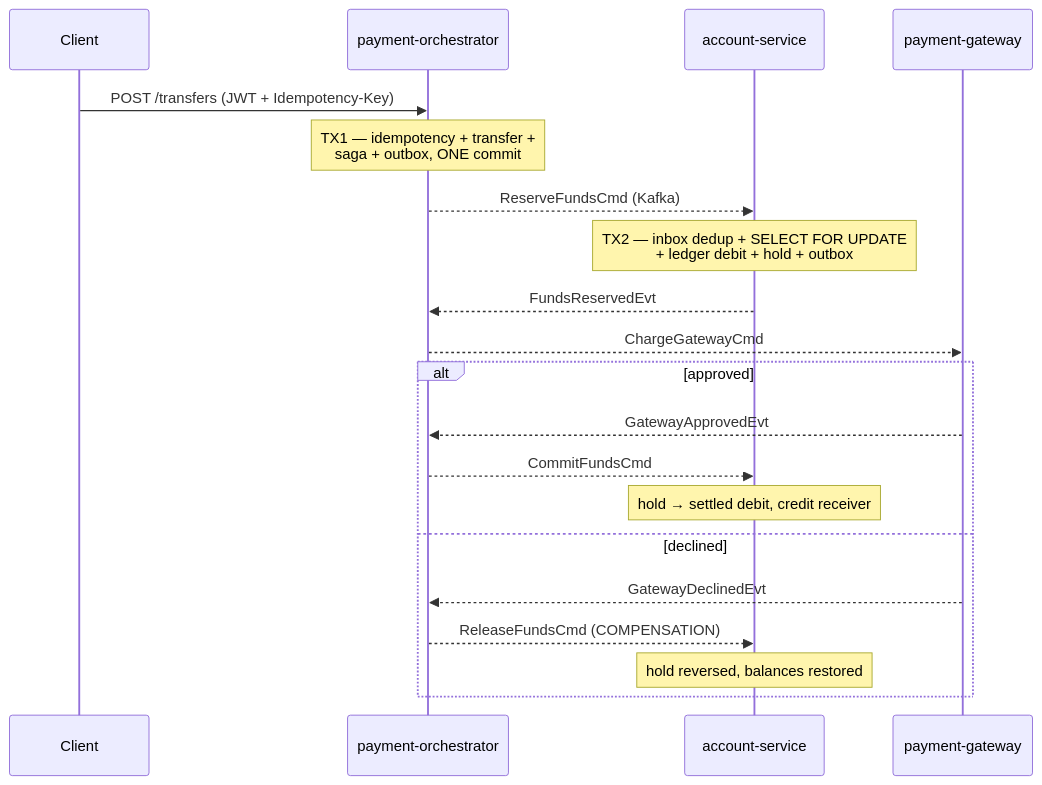
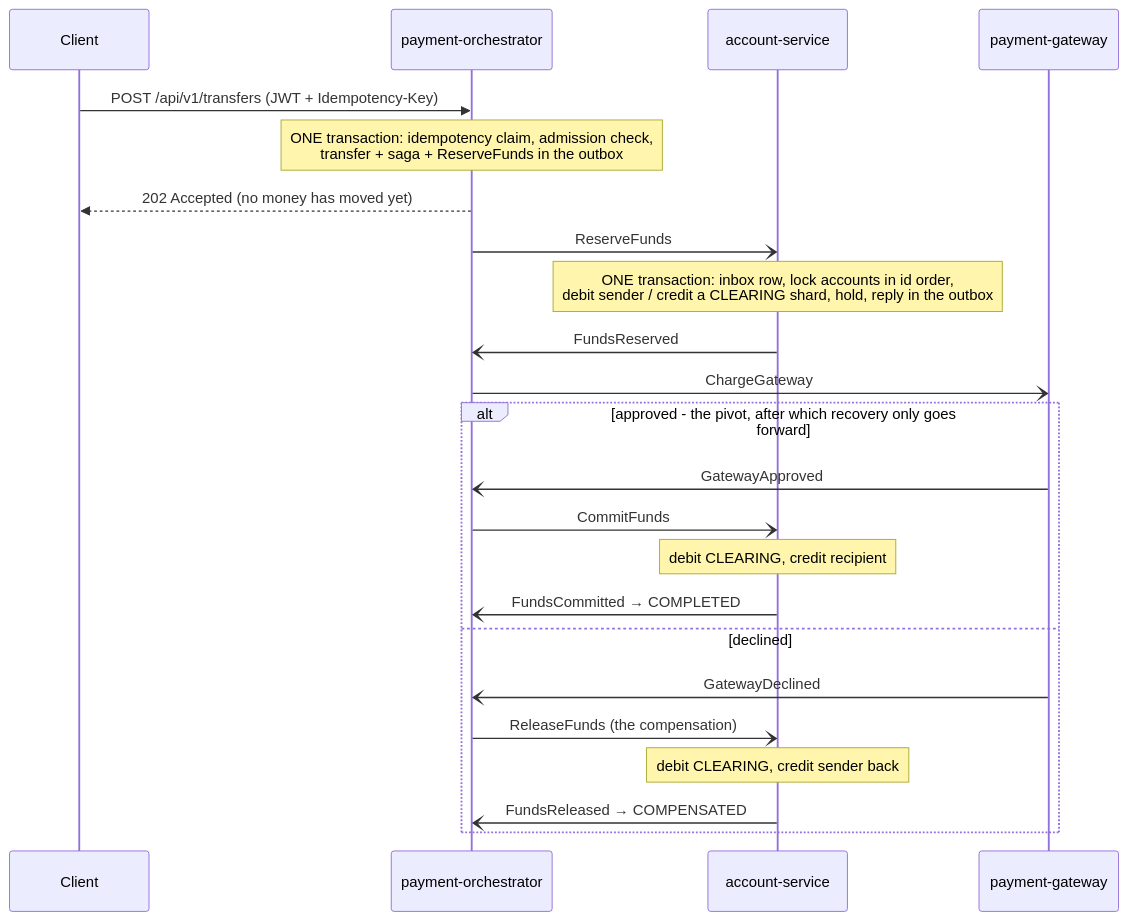
One commit to goutham-hegde/distributed-payment-engine changed the diagram in README.md. Above: the diagram before and after it, drawn with Mermaid. The commit also changed other lines of this file, not shown here.

````diff
--- a/README.md
+++ b/README.md
@@ -44,24 +161,26 @@
 ```mermaid
 sequenceDiagram
     participant C as Client
     participant O as payment-orchestrator
     participant A as account-service
     participant G as payment-gateway
 
-    C->>O: POST /transfers (JWT + Idempotency-Key)
-    Note over O: TX1 — idempotency + transfer +<br/>saga + outbox, ONE commit
-    O-->>A: ReserveFundsCmd (Kafka)
-    Note over A: TX2 — inbox dedup + SELECT FOR UPDATE<br/>+ ledger debit + hold + outbox
-    A-->>O: FundsReservedEvt
-    O-->>G: ChargeGatewayCmd
-
-    alt approved
-        G-->>O: GatewayApprovedEvt
-        O-->>A: CommitFundsCmd
-        Note over A: hold → settled debit, credit receiver
+    C->>O: POST /api/v1/transfers (JWT + Idempotency-Key)
+    Note over O: ONE transaction: idempotency claim, admission check,<br/>transfer + saga + ReserveFunds in the outbox
+    O-->>C: 202 Accepted (no money has moved yet)
+    O-)A: ReserveFunds
+    Note over A: ONE transaction: inbox row, lock accounts in id order,<br/>debit sender / credit a CLEARING shard, hold, reply in the outbox
+    A-)O: FundsReserved
+    O-)G: ChargeGateway
+    alt approved - the pivot, after which recovery only goes forward
+        G-)O: GatewayApproved
+        O-)A: CommitFunds
+        Note over A: debit CLEARING, credit recipient
+        A-)O: FundsCommitted → COMPLETED
     else declined
-        G-->>O: GatewayDeclinedEvt
-        O-->>A: ReleaseFundsCmd (COMPENSATION)
-        Note over A: hold reversed, balances restored
+        G-)O: GatewayDeclined
+        O-)A: ReleaseFunds (the compensation)
+        Note over A: debit CLEARING, credit sender back
+        A-)O: FundsReleased → COMPENSATED
     end
 ```
````
